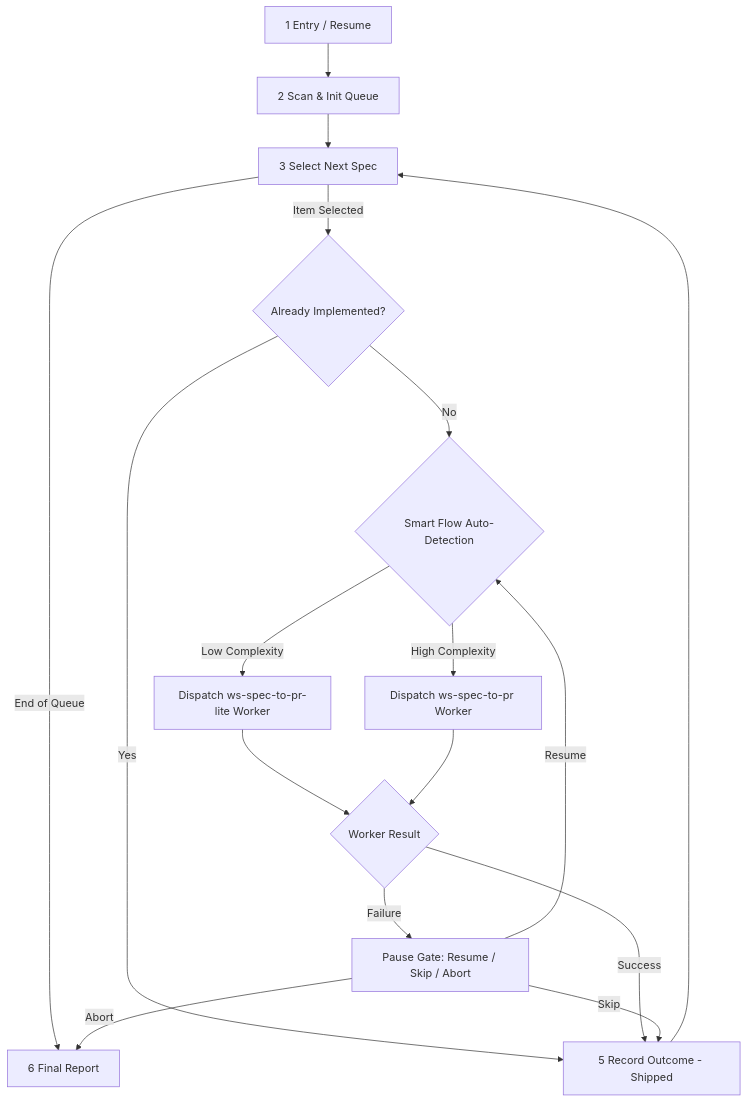
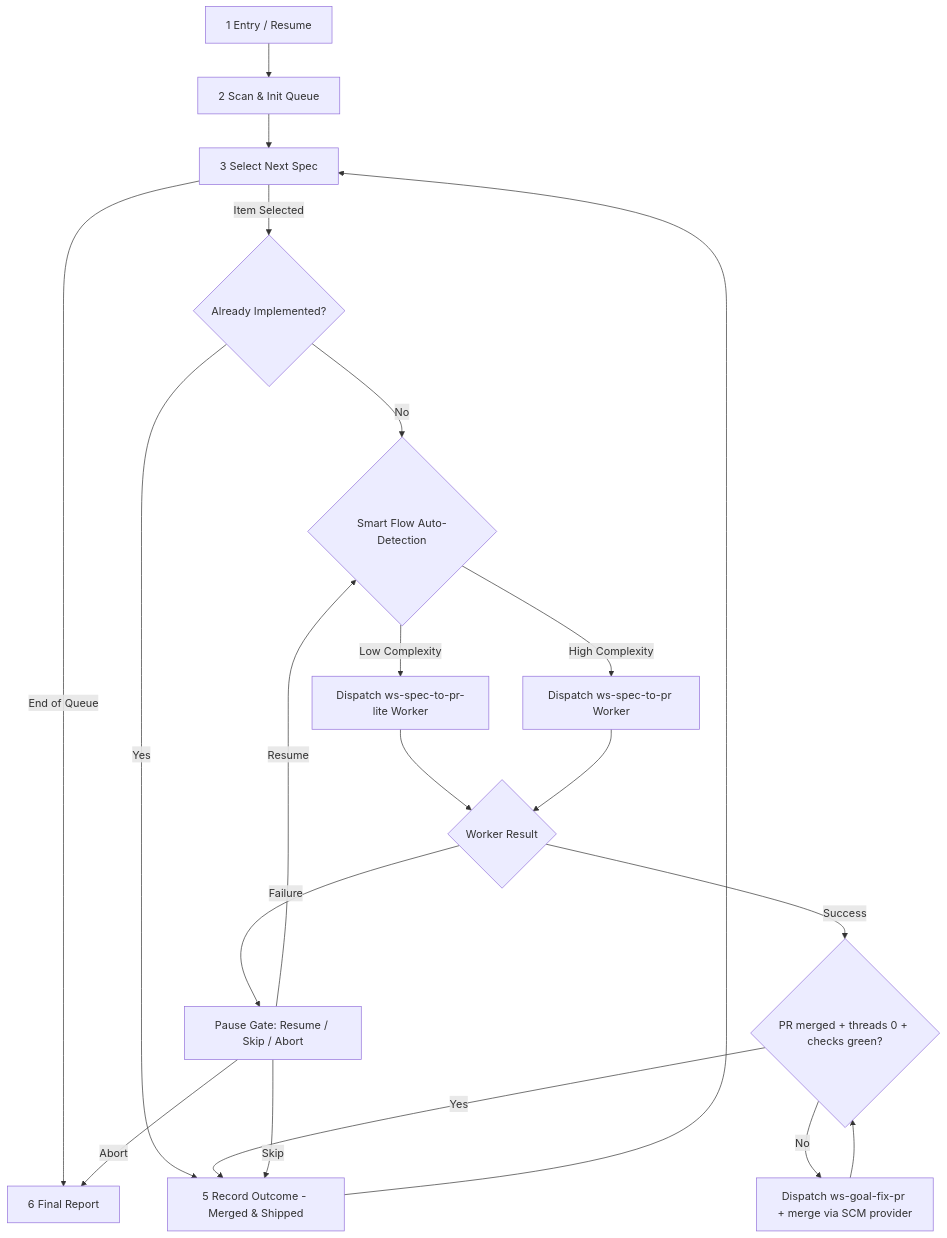
The diagram in .agents/skills/ws-multi-spec/PROTOCOL.md (jpolvora/cursor-server), drawn with Mermaid before and after one commit. The commit also changed other lines of this file and 40 other files, not shown here.

````diff
--- a/.agents/skills/ws-multi-spec/PROTOCOL.md
+++ b/.agents/skills/ws-multi-spec/PROTOCOL.md
@@ -7,19 +7,22 @@
 ```mermaid
 flowchart TD
   P1[1 Entry / Resume] --> P2[2 Scan & Init Queue]
   P2 --> P3[3 Select Next Spec]
   P3 -->|End of Queue| P6[6 Final Report]
   P3 -->|Item Selected| Probe{Already Implemented?}
   Probe -->|Yes| P5[5 Record Outcome - Skipped]
   Probe -->|No| FlowDetect{Smart Flow Auto-Detection}
   FlowDetect -->|Low Complexity| DispatchLite[Dispatch ws-spec-to-pr-lite Worker]
   FlowDetect -->|High Complexity| DispatchFull[Dispatch ws-spec-to-pr Worker]
   DispatchLite --> WorkerOutcome
   DispatchFull --> WorkerOutcome
-  WorkerOutcome{Worker Result} -->|Success| P5[5 Record Outcome - Shipped]
+  WorkerOutcome{Worker Result} -->|Success| ConvergeGate{PR merged + threads 0 + checks green?}
   WorkerOutcome -->|Failure| PauseGate[Pause Gate: Resume / Skip / Abort]
+  ConvergeGate -->|No| RunGoalFixPr[Dispatch ws-goal-fix-pr + merge via SCM provider]
+  RunGoalFixPr --> ConvergeGate
+  ConvergeGate -->|Yes| P5[5 Record Outcome - Merged & Shipped]
   PauseGate -->|Resume| FlowDetect
   PauseGate -->|Skip| P5
   PauseGate -->|Abort| P6
   P5 --> P3
 ```
````
